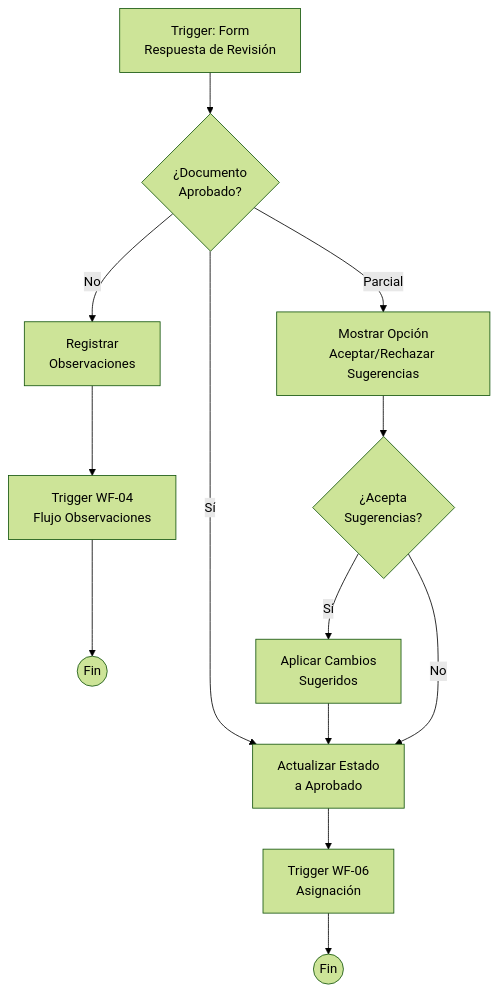
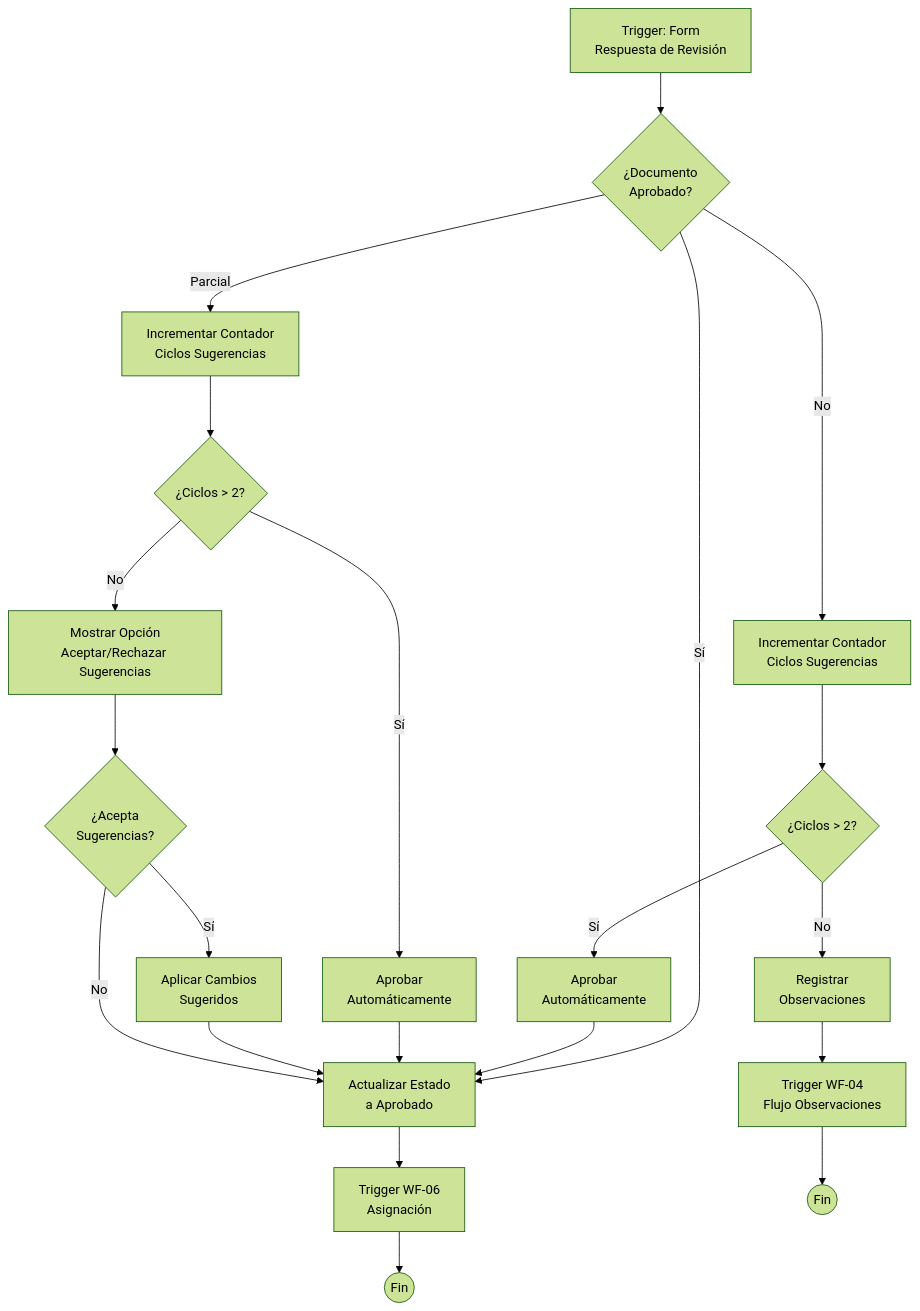
Before and after one commit to lfam200/WorkFlow-n8n: diagram 12 of 21 in README.md, drawn with Mermaid (forest theme). The commit also changed other lines of this file, not shown here.

````diff
--- a/README.md
+++ b/README.md
@@ -812,18 +1009,26 @@
 ```mermaid
 flowchart TD
     A[Trigger: Form<br/>Respuesta de Revisión] --> B{¿Documento<br/>Aprobado?}
     
     B -->|Sí| C[Actualizar Estado<br/>a Aprobado]
     C --> D[Trigger WF-06<br/>Asignación]
     D --> E((Fin))
     
-    B -->|No| F[Registrar<br/>Observaciones]
-    F --> G[Trigger WF-04<br/>Flujo Observaciones]
-    G --> H((Fin))
+    B -->|No| F[Incrementar Contador<br/>Ciclos Sugerencias]
+    F --> G{¿Ciclos > 2?}
+    G -->|Sí| H[Aprobar<br/>Automáticamente]
+    H --> C
+    G -->|No| I[Registrar<br/>Observaciones]
+    I --> J[Trigger WF-04<br/>Flujo Observaciones]
+    J --> K((Fin))
     
-    B -->|Parcial| I[Mostrar Opción<br/>Aceptar/Rechazar Sugerencias]
-    I --> J{¿Acepta<br/>Sugerencias?}
-    J -->|Sí| K[Aplicar Cambios<br/>Sugeridos]
-    K --> C
-    J -->|No| C
+    B -->|Parcial| L[Incrementar Contador<br/>Ciclos Sugerencias]
+    L --> M{¿Ciclos > 2?}
+    M -->|Sí| N[Aprobar<br/>Automáticamente]
+    N --> C
+    M -->|No| O[Mostrar Opción<br/>Aceptar/Rechazar Sugerencias]
+    O --> P{¿Acepta<br/>Sugerencias?}
+    P -->|Sí| Q[Aplicar Cambios<br/>Sugeridos]
+    Q --> C
+    P -->|No| C
 ```
````
